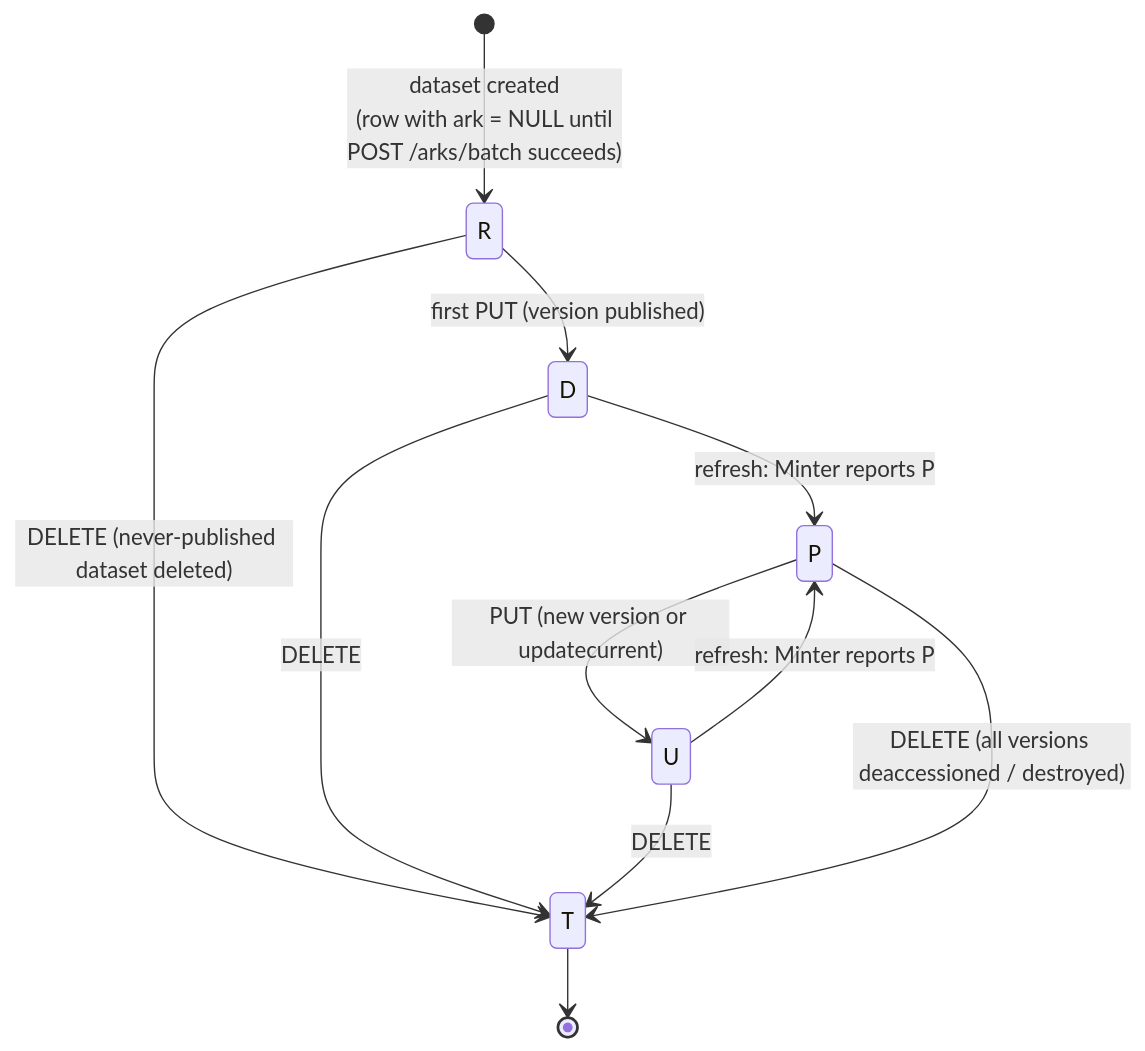
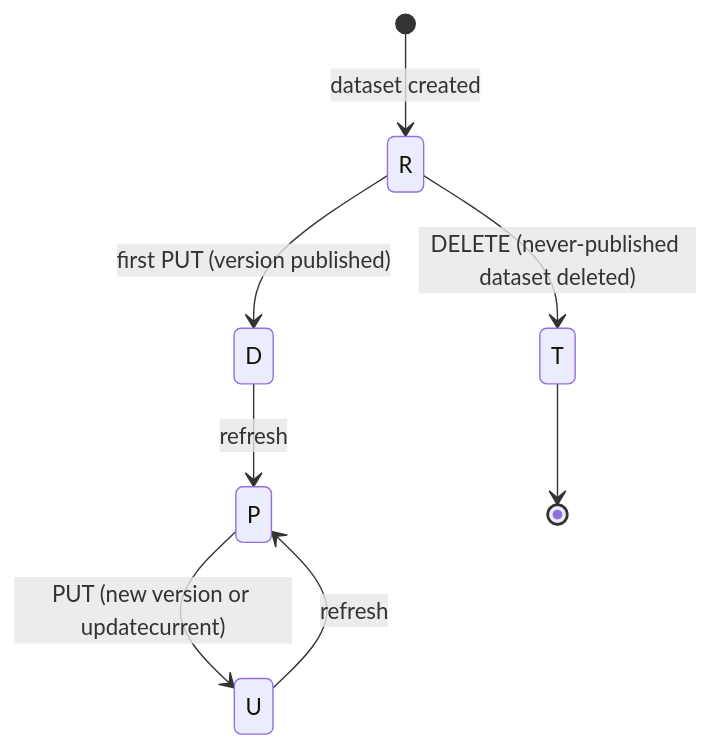
The third of 4 diagrams in doc/dark/implementation.md (LA-Referencia-IOI/dataverse), drawn with Mermaid before and after one commit. The commit also changed other lines of this file and 38 other files, not shown here.

````diff
--- a/doc/dark/implementation.md
+++ b/doc/dark/implementation.md
@@ -89,13 +95,10 @@
 ```mermaid
 stateDiagram-v2
-    [*] --> R: dataset created<br/>(row with ark = NULL until<br/>POST /arks/batch succeeds)
+    [*] --> R: dataset created
     R --> D: first PUT (version published)
-    D --> P: refresh: Minter reports P
+    D --> P: refresh
     P --> U: PUT (new version or updatecurrent)
-    U --> P: refresh: Minter reports P
+    U --> P: refresh
     R --> T: DELETE (never-published dataset deleted)
-    D --> T: DELETE
-    U --> T: DELETE
-    P --> T: DELETE (all versions deaccessioned / destroyed)
     T --> [*]
 ```
````
